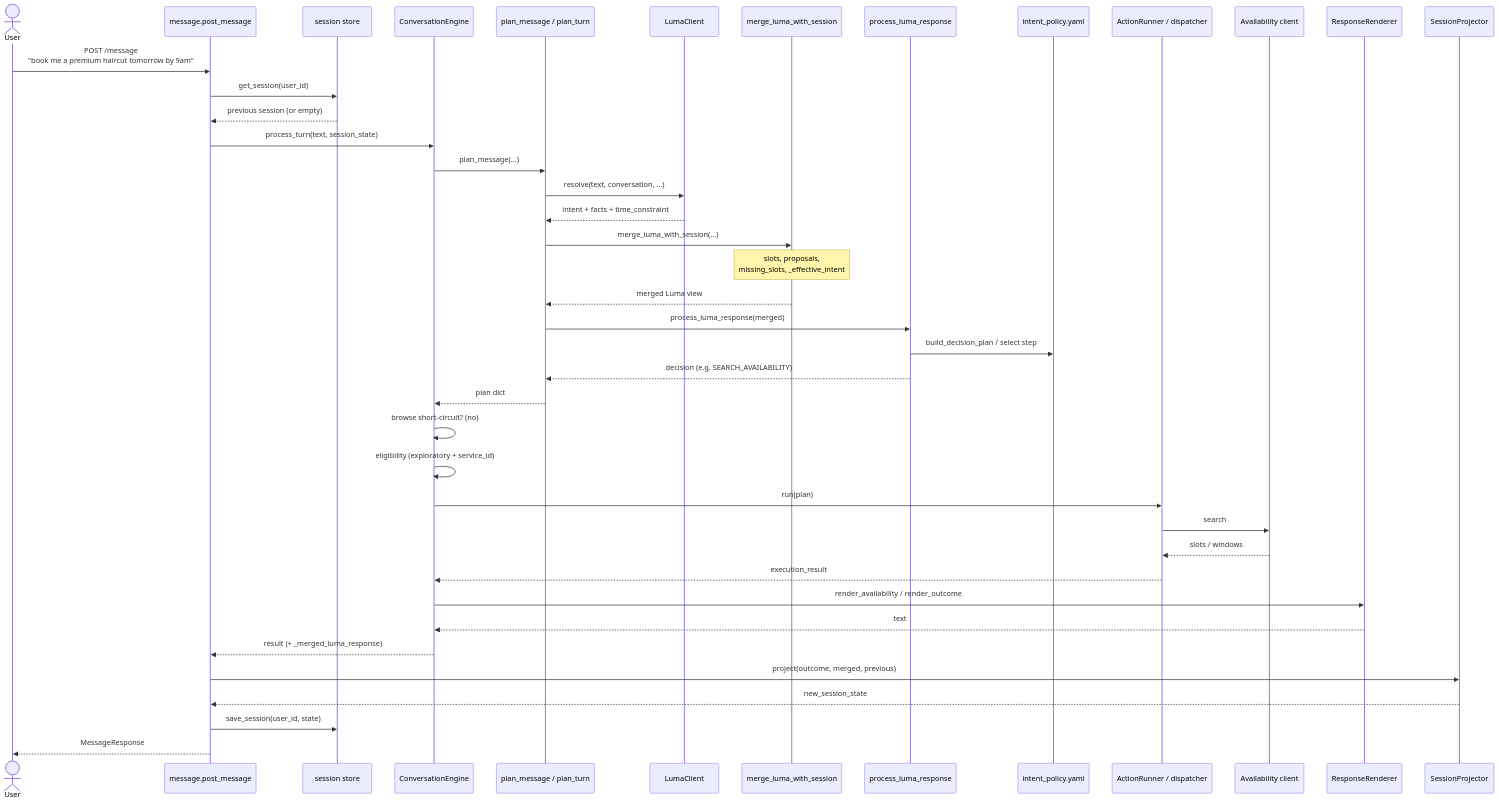
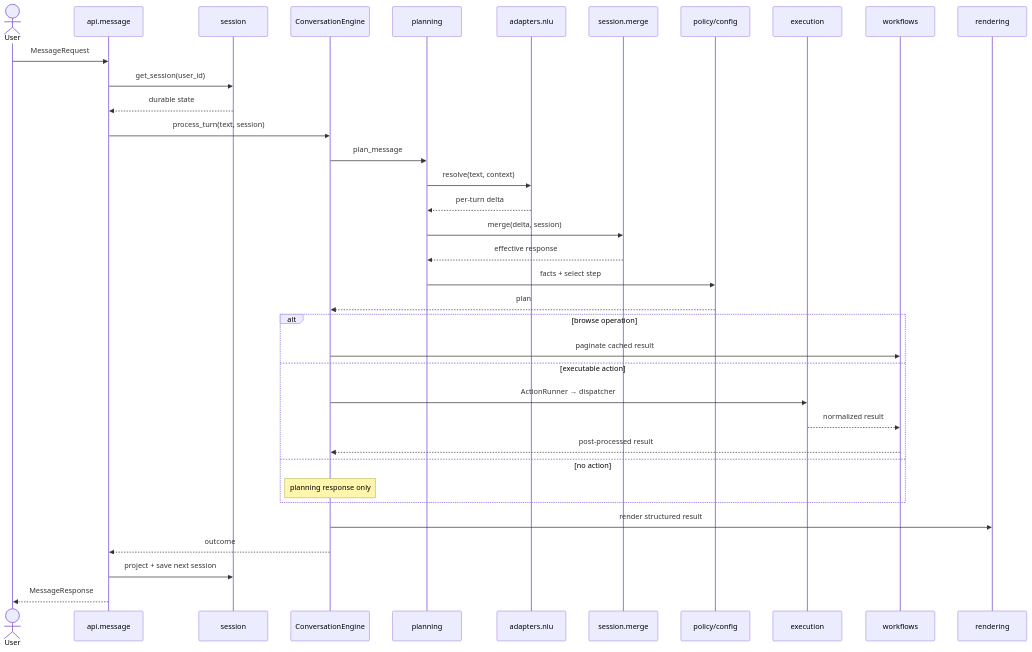
One commit to mbaocha/dialogcart changed the fourth of 7 diagrams in src/core/docs/core_architecture.md. Above: the diagram before and after it, drawn with Mermaid. The commit also changed other lines of this file and 260 other files, not shown here.

````diff
--- a/src/core/docs/core_architecture.md
+++ b/src/core/docs/core_architecture.md
@@ -148,47 +2108,39 @@
 ```mermaid
 sequenceDiagram
-  actor User
-  participant HTTP as message.post_message
-  participant Store as session store
-  participant CE as ConversationEngine
-  participant Plan as plan_message / plan_turn
-  participant Luma as LumaClient
-  participant Merge as merge_luma_with_session
-  participant Proc as process_luma_response
-  participant Policy as intent_policy.yaml
-  participant AR as ActionRunner / dispatcher
-  participant Avail as Availability client
-  participant RR as ResponseRenderer
-  participant Persist as SessionProjector
+    actor User
+    participant API as api.message
+    participant Store as session
+    participant Engine as ConversationEngine
+    participant Plan as planning
+    participant NLU as adapters.nlu
+    participant Merge as session.merge
+    participant Policy as policy/config
+    participant Exec as execution
+    participant Flow as workflows
+    participant Render as rendering
 
-  User->>HTTP: POST /message<br/>"book me a premium haircut tomorrow by 9am"
-  HTTP->>Store: get_session(user_id)
-  Store-->>HTTP: previous session (or empty)
-  HTTP->>CE: process_turn(text, session_state)
-
-  CE->>Plan: plan_message(...)
-  Plan->>Luma: resolve(text, conversation, …)
-  Luma-->>Plan: intent + facts + time_constraint
-  Plan->>Merge: merge_luma_with_session(...)
-  Note over Merge: slots, proposals,<br/>missing_slots, _effective_intent
-  Merge-->>Plan: merged Luma view
-  Plan->>Proc: process_luma_response(merged)
-  Proc->>Policy: build_decision_plan / select step
-  Proc-->>Plan: decision (e.g. SEARCH_AVAILABILITY)
-  Plan-->>CE: plan dict
-
-  CE->>CE: browse short-circuit? (no)
-  CE->>CE: eligibility (exploratory + service_id)
-  CE->>AR: run(plan)
-  AR->>Avail: search
-  Avail-->>AR: slots / windows
-  AR-->>CE: execution_result
-  CE->>RR: render_availability / render_outcome
-  RR-->>CE: text
-  CE-->>HTTP: result (+ _merged_luma_response)
-
-  HTTP->>Persist: project(outcome, merged, previous)
-  Persist-->>HTTP: new_session_state
-  HTTP->>Store: save_session(user_id, state)
-  HTTP-->>User: MessageResponse
+    User->>API: MessageRequest
+    API->>Store: get_session(user_id)
+    Store-->>API: durable state
+    API->>Engine: process_turn(text, session)
+    Engine->>Plan: plan_message
+    Plan->>NLU: resolve(text, context)
+    NLU-->>Plan: per-turn delta
+    Plan->>Merge: merge(delta, session)
+    Merge-->>Plan: effective response
+    Plan->>Policy: facts + select step
+    Policy-->>Engine: plan
+    alt browse operation
+        Engine->>Flow: paginate cached result
+    else executable action
+        Engine->>Exec: ActionRunner → dispatcher
+        Exec-->>Flow: normalized result
+        Flow-->>Engine: post-processed result
+    else no action
+        Note over Engine: planning response only
+    end
+    Engine->>Render: render structured result
+    Engine-->>API: outcome
+    API->>Store: project + save next session
+    API-->>User: MessageResponse
 ```
````
